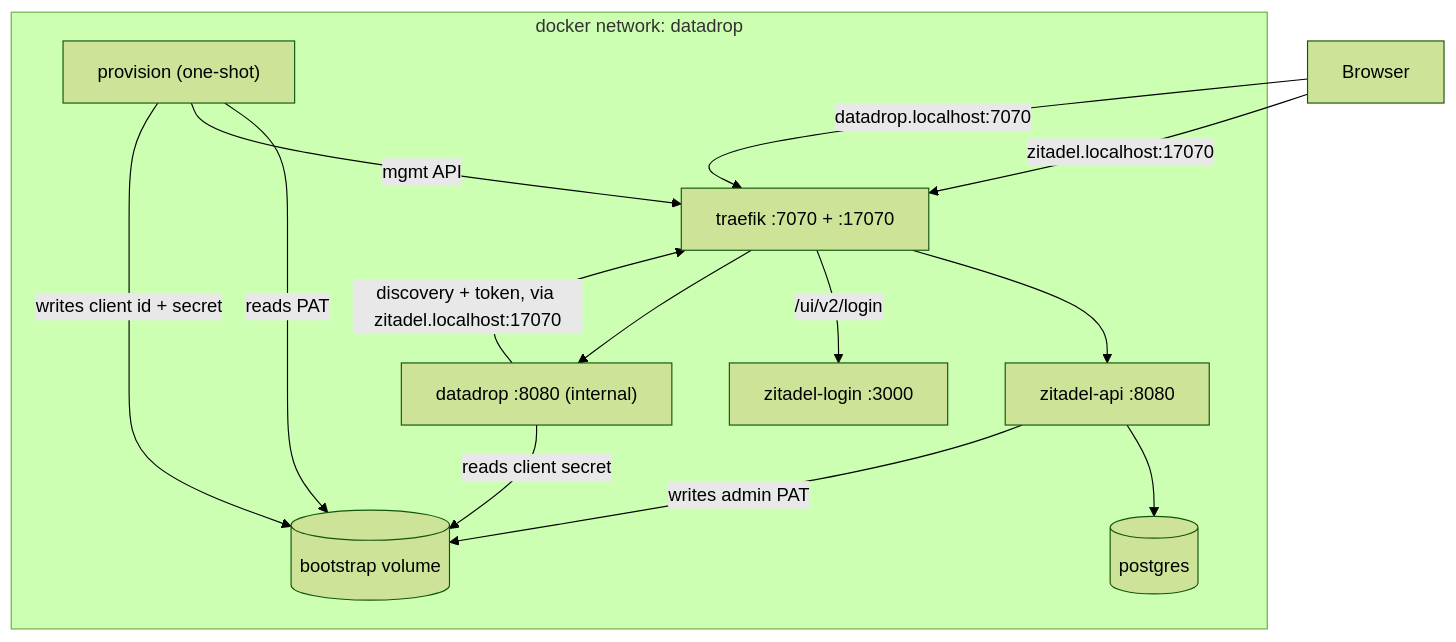
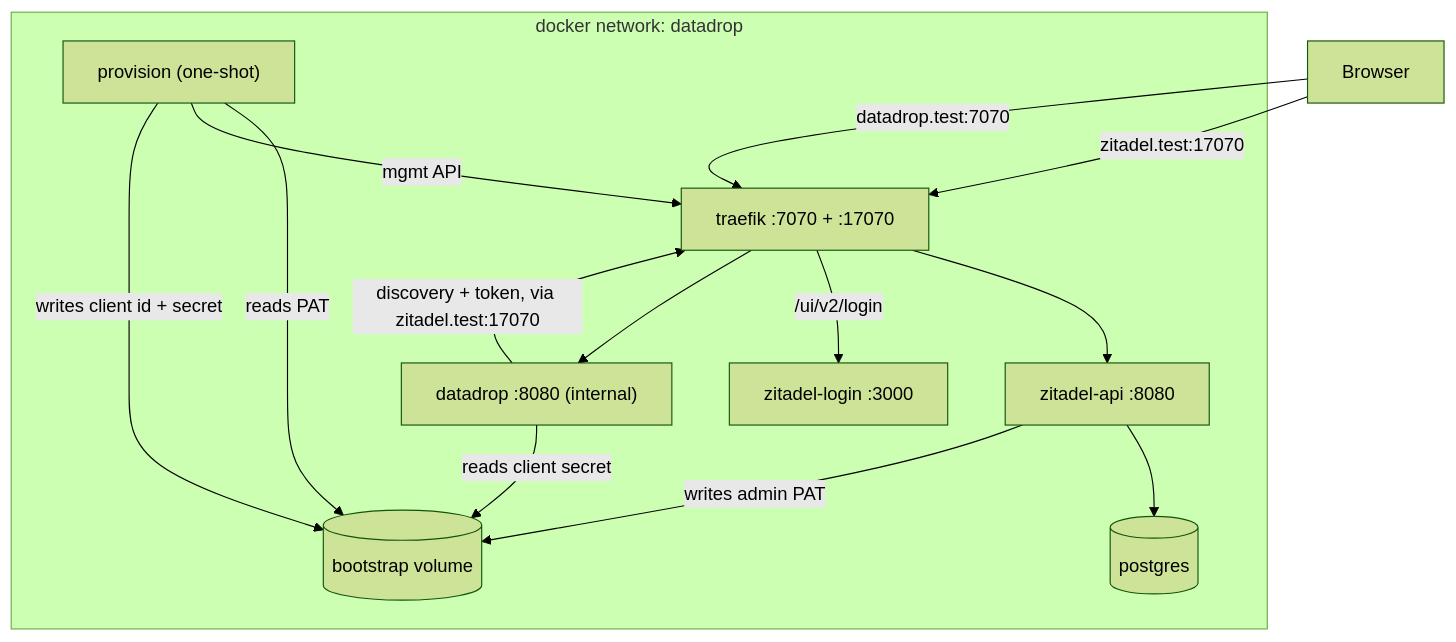
The third of 4 diagrams in ttmp/2026/07/25/DATADROP-5--user-accounts-zitadel-signup-sessions-api-tokens-and-the-account-workspace/design/01-user-accounts-with-zitadel-analysis-design-and-implementation-guide.md (wesen/go-go-datadrop), drawn with Mermaid (forest theme) before and after one commit. The commit also changed other lines of this file and 6 other files, not shown here.

````diff
--- a/ttmp/2026/07/25/DATADROP-5--user-accounts-zitadel-signup-sessions-api-tokens-and-the-account-workspace/design/01-user-accounts-with-zitadel-analysis-design-and-implementation-guide.md
+++ b/ttmp/2026/07/25/DATADROP-5--user-accounts-zitadel-signup-sessions-api-tokens-and-the-account-workspace/design/01-user-accounts-with-zitadel-analysis-design-and-implementation-guide.md
@@ -1896,26 +1896,26 @@
 ```mermaid
 flowchart TB
     Browser
     subgraph net [docker network: datadrop]
         Proxy["traefik :7070 + :17070"]
         ZAPI["zitadel-api :8080"]
         ZLOGIN["zitadel-login :3000"]
         PG[("postgres")]
         DD["datadrop :8080 (internal)"]
         PROV["provision (one-shot)"]
         VOL[("bootstrap volume")]
     end
 
-    Browser -->|"zitadel.localhost:17070"| Proxy
-    Browser -->|"datadrop.localhost:7070"| Proxy
+    Browser -->|"zitadel.test:17070"| Proxy
+    Browser -->|"datadrop.test:7070"| Proxy
     Proxy --> ZAPI
     Proxy -->|"/ui/v2/login"| ZLOGIN
     Proxy --> DD
     ZAPI --> PG
     ZAPI -->|writes admin PAT| VOL
     PROV -->|reads PAT| VOL
     PROV -->|mgmt API| Proxy
     PROV -->|writes client id + secret| VOL
     DD -->|reads client secret| VOL
-    DD -->|"discovery + token, via zitadel.localhost:17070"| Proxy
+    DD -->|"discovery + token, via zitadel.test:17070"| Proxy
 ```
````
